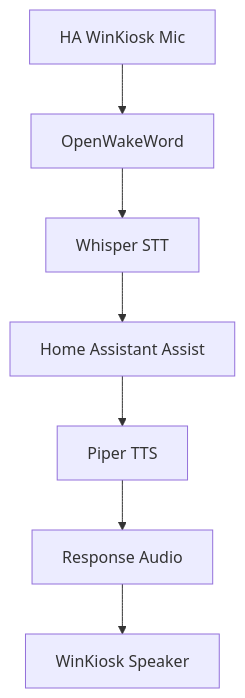
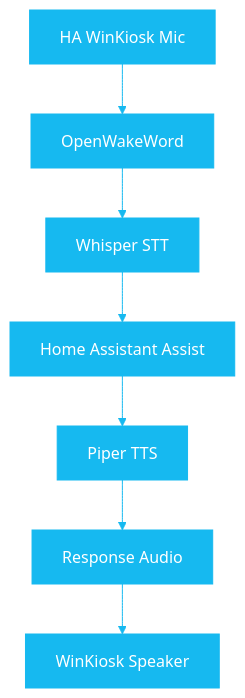
Before and after one commit to kattcrazy/HA-WinKiosk: the diagram in README.md, drawn with Mermaid. The commit also changed 2 other files, not shown here.

Commit message:
docs: Mermaid primary theme (#16B9F0); v3.9.4
Made-with: Cursor

````diff
--- a/README.md
+++ b/README.md
@@ -59,9 +59,10 @@
 ```mermaid
+%%{init: {'theme':'base', 'themeVariables': {'primaryColor':'#16B9F0', 'primaryTextColor':'#ffffff', 'primaryBorderColor':'#16B9F0', 'secondaryColor':'#B9E9FF', 'tertiaryColor':'#E8F7FD', 'lineColor':'#16B9F0', 'textColor':'#1a1a1a'}}}%%
 flowchart TD
     A[HA WinKiosk Mic] --> B[OpenWakeWord]
     B --> C[Whisper STT]
     C --> D[Home Assistant Assist]
     D --> E[Piper TTS]
     E --> F[Response Audio]
     F --> G[WinKiosk Speaker]
 ```
````
